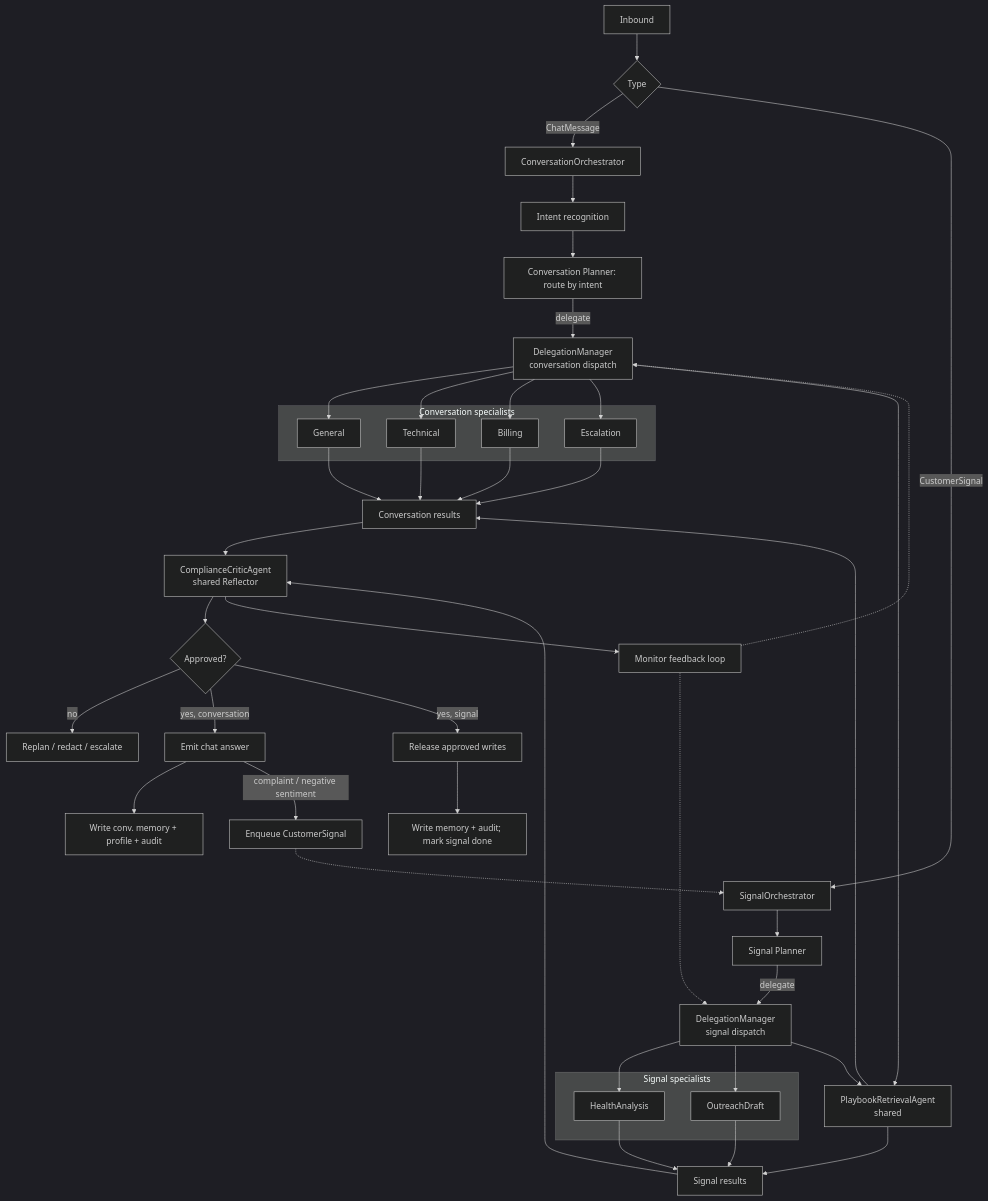
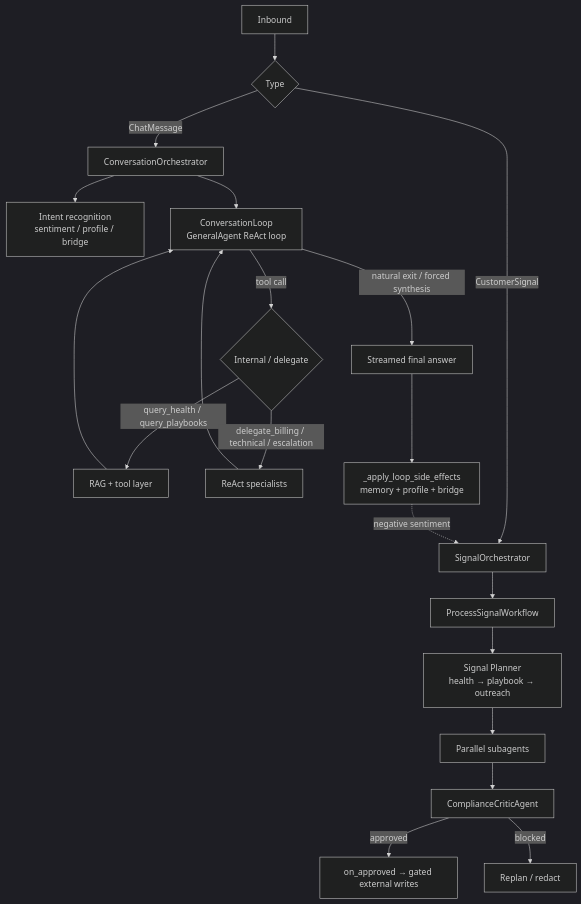
The diagram in docs/AGENT_PLAN.md (SunnyKikiHK/CustomerAgent), drawn with Mermaid (dark theme) before and after one commit. The commit also changed other lines of this file and 1 other file, not shown here.

Commit message:
docs: add root README.md; rewrite AGENT_PLAN.md to reflect Orchestrator-Workers conversation + Temporal-wired signal system

````diff
--- a/docs/AGENT_PLAN.md
+++ b/docs/AGENT_PLAN.md
@@ -88,59 +114,27 @@
 ```mermaid
 flowchart TD
     A[Inbound] --> B{Type}
     B -->|ChatMessage| C[ConversationOrchestrator]
     B -->|CustomerSignal| S[SignalOrchestrator]
 
-    %% ---- Conversation path (its own specialists) ----
-    C --> I[Intent recognition]
-    I --> CP[Conversation Planner: route by intent]
-    CP -->|delegate| DC[DelegationManager<br/>conversation dispatch]
-    subgraph CONV[Conversation specialists]
-        G[General]
-        T[Technical]
-        BILL[Billing]
-        ESC[Escalation]
-    end
-    DC --> G
-    DC --> T
-    DC --> BILL
-    DC --> ESC
-    DC --> P[PlaybookRetrievalAgent<br/>shared]
+    %% ---- Conversation path: GeneralAgent ReAct ----
+    C --> I[Intent recognition<br/>sentiment / profile / bridge]
+    C --> CL[ConversationLoop<br/>GeneralAgent ReAct loop]
+    CL -->|tool call| T{Internal / delegate}
+    T -->|query_health / query_playbooks| RAG[RAG + tool layer]
+    T -->|delegate_billing / technical / escalation| SP[ReAct specialists]
+    SP --> CL
+    RAG --> CL
+    CL -->|natural exit / forced synthesis| STR[Streamed final answer]
+    STR --> SE[_apply_loop_side_effects<br/>memory + profile + bridge]
 
-    %% ---- Signal path (its own specialists) ----
-    S --> SP[Signal Planner]
-    SP -->|delegate| DS[DelegationManager<br/>signal dispatch]
-    subgraph SIG[Signal specialists]
-        H[HealthAnalysis]
-        O[OutreachDraft]
-    end
-    DS --> H
-    DS --> O
-    DS --> P
+    %% ---- Signal path: P-E-R over Temporal ----
+    S --> TW[ProcessSignalWorkflow]
+    TW --> SP2[Signal Planner<br/>health → playbook → outreach]
+    SP2 --> EX[Parallel subagents]
+    EX --> CC[ComplianceCriticAgent]
+    CC -->|approved| OA[on_approved → gated external writes]
+    CC -->|blocked| RR[Replan / redact]
 
-    %% ---- Shared reduce + reflect ----
-    G --> RC[Conversation results]
-    T --> RC
-    BILL --> RC
-    ESC --> RC
-    P --> RC
-    H --> RS[Signal results]
-    O --> RS
-    P --> RS
-
-    RC --> X[ComplianceCriticAgent<br/>shared Reflector]
-    RS --> X
-    X --> Y{Approved?}
-    Y -->|no| W[Replan / redact / escalate]
-    Y -->|yes, conversation| ZC[Emit chat answer]
-    Y -->|yes, signal| ZS[Release approved writes]
-
-    ZC --> MC[Write conv. memory + profile + audit]
-    ZC -->|complaint / negative sentiment| BR[Enqueue CustomerSignal]
-    BR -.-> S
-    ZS --> MS[Write memory + audit; mark signal done]
-
-    X --> MON[Monitor feedback loop]
-    MON -.-> DC
-    MON -.-> DS
+    SE -.negative sentiment.-> S
 ```
````
